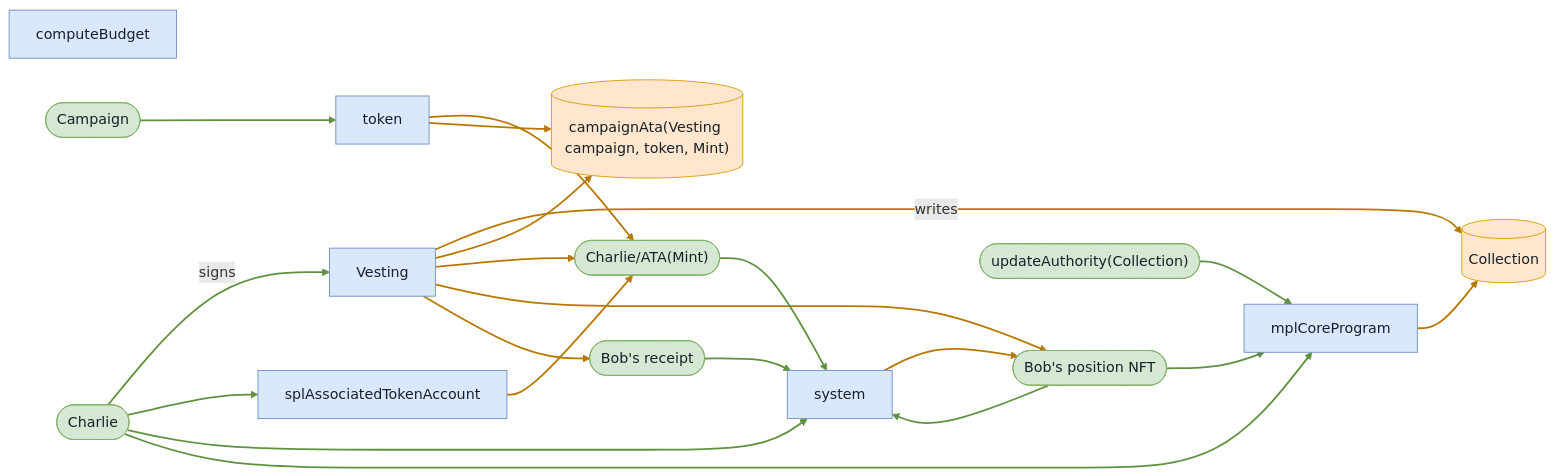
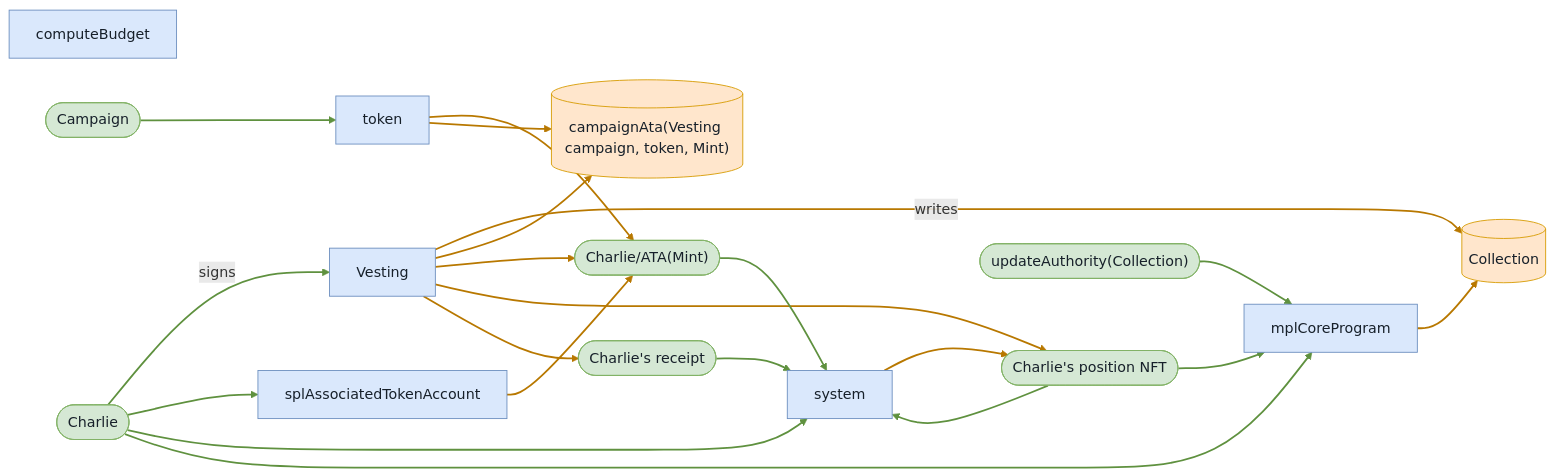
One commit to cds-turbin3/vesting-position changed diagram 11 of 36 in md-reports-babelfish/full_lifecycle.md. Above: the diagram before and after it, drawn with Mermaid. The commit also changed other lines of this file and 62 other files, not shown here.

````diff
--- a/md-reports-babelfish/full_lifecycle.md
+++ b/md-reports-babelfish/full_lifecycle.md
@@ -606,42 +606,42 @@
 ```mermaid
 flowchart LR
     computeBudget["computeBudget"]:::program
     Vesting["Vesting"]:::program
     Charlie(["Charlie"]):::signer
     Collection[("Collection")]:::state
     campaignAtaVestingcampaigntokenMint[("campaignAta(Vesting campaign, token, Mint)")]:::state
     CharlieATAMint(["Charlie/ATA(Mint)"]):::signer
-    BobspositionNFT(["Bob's position NFT"]):::signer
-    Bobsreceipt(["Bob's receipt"]):::signer
+    CharliespositionNFT(["Charlie's position NFT"]):::signer
+    Charliesreceipt(["Charlie's receipt"]):::signer
     splAssociatedTokenAccount["splAssociatedTokenAccount"]:::program
     token["token"]:::program
     system["system"]:::program
     mplCoreProgram["mplCoreProgram"]:::program
     updateAuthorityCollection(["updateAuthority(Collection)"]):::signer
     Campaign(["Campaign"]):::signer
     Charlie -->|signs| Vesting
     Vesting -->|writes| Collection
     Vesting --> campaignAtaVestingcampaigntokenMint
     Vesting --> CharlieATAMint
-    Vesting --> BobspositionNFT
-    Vesting --> Bobsreceipt
+    Vesting --> CharliespositionNFT
+    Vesting --> Charliesreceipt
     Charlie --> splAssociatedTokenAccount
     splAssociatedTokenAccount --> CharlieATAMint
     Charlie --> system
     CharlieATAMint --> system
     token --> CharlieATAMint
-    Bobsreceipt --> system
-    BobspositionNFT --> mplCoreProgram
+    Charliesreceipt --> system
+    CharliespositionNFT --> mplCoreProgram
     mplCoreProgram --> Collection
     updateAuthorityCollection --> mplCoreProgram
     Charlie --> mplCoreProgram
-    BobspositionNFT --> system
-    system --> BobspositionNFT
+    CharliespositionNFT --> system
+    system --> CharliespositionNFT
     token --> campaignAtaVestingcampaigntokenMint
     Campaign --> token
     classDef program fill:#dae8fc,stroke:#6c8ebf,color:#17202a;
     classDef signer fill:#d5e8d4,stroke:#82b366,color:#17202a;
     classDef state fill:#ffe6cc,stroke:#d79b00,color:#17202a;
     linkStyle 0,6,8,9,11,12,14,15,16,19 stroke:#5f913f,stroke-width:2px
     linkStyle 1,2,3,4,5,7,10,13,17,18 stroke:#b87800,stroke-width:2px
 ```
````
